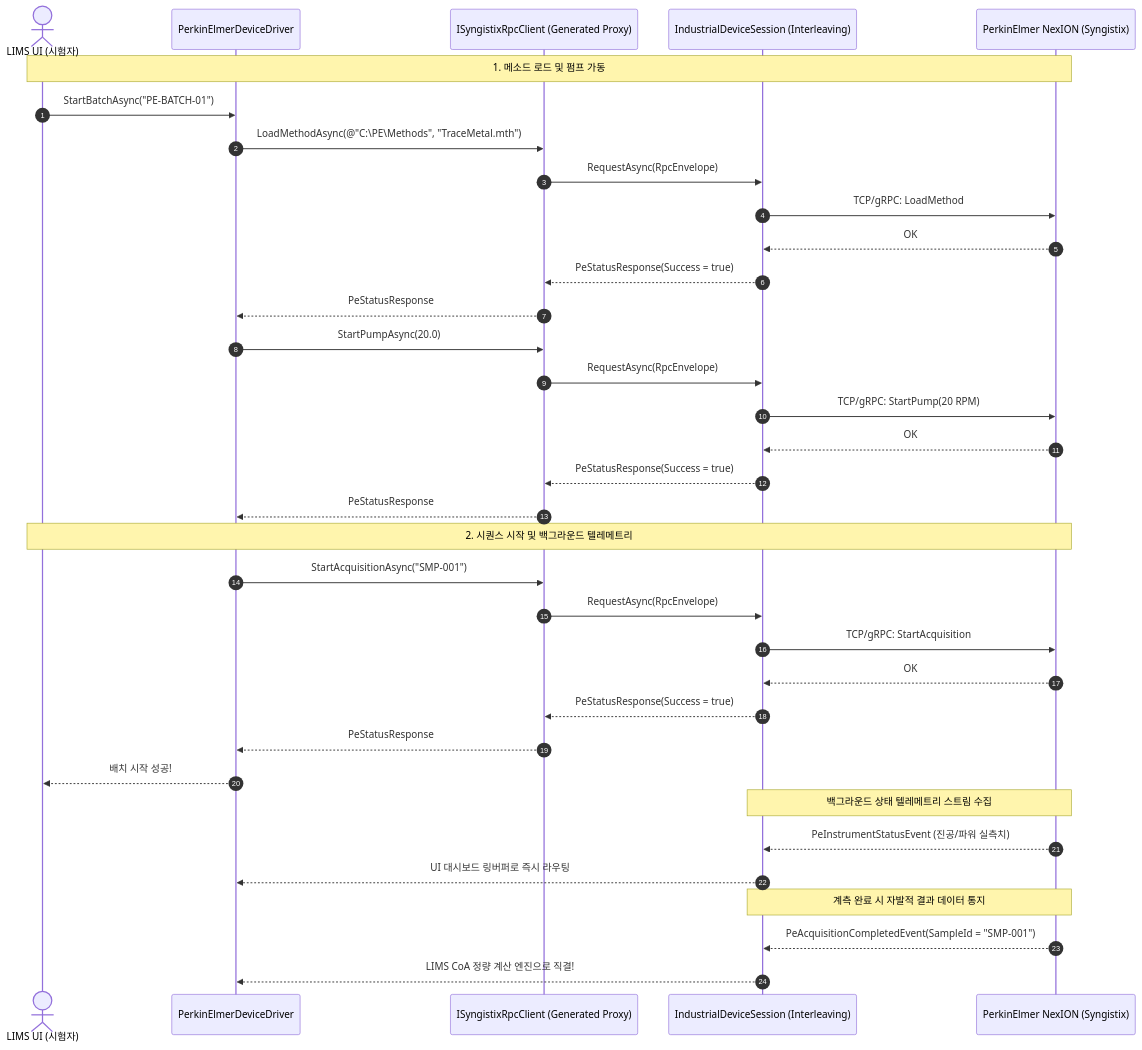
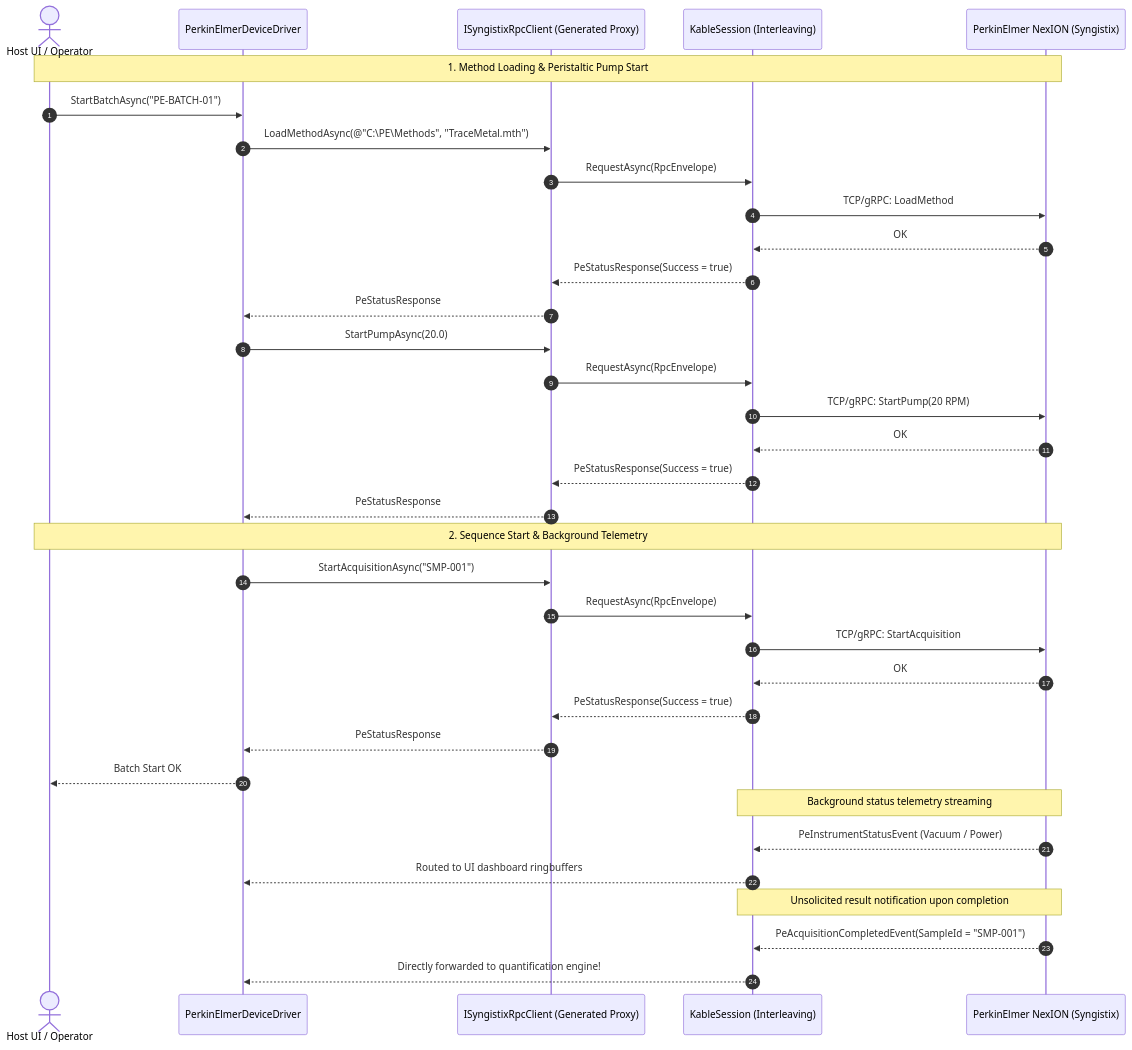
The second of 2 diagrams in docs/05_ICP_MS_CASE_STUDY/05_PERKINELMER_SYNGISTIX.md (jaon13/Kable), drawn with Mermaid before and after one commit. The commit also changed other lines of this file and 21 other files, not shown here.

Commit message:
docs: standardize all project specifications, architecture documents, and QA master plans to professional English

````diff
--- a/docs/05_ICP_MS_CASE_STUDY/05_PERKINELMER_SYNGISTIX.md
+++ b/docs/05_ICP_MS_CASE_STUDY/05_PERKINELMER_SYNGISTIX.md
@@ -100,42 +100,42 @@
 ```mermaid
 sequenceDiagram
     autonumber
-    actor User as LIMS UI (시험자)
+    actor User as Host UI / Operator
     participant Driver as PerkinElmerDeviceDriver
     participant Proxy as ISyngistixRpcClient (Generated Proxy)
-    participant Session as IndustrialDeviceSession (Interleaving)
+    participant Session as KableSession (Interleaving)
     participant HW as PerkinElmer NexION (Syngistix)
 
-    Note over User, HW: 1. 메소드 로드 및 펌프 가동
+    Note over User, HW: 1. Method Loading & Peristaltic Pump Start
     User->>Driver: StartBatchAsync("PE-BATCH-01")
     Driver->>Proxy: LoadMethodAsync(@"C:\PE\Methods", "TraceMetal.mth")
     Proxy->>Session: RequestAsync(RpcEnvelope)
     Session->>HW: TCP/gRPC: LoadMethod
     HW-->>Session: OK
     Session-->>Proxy: PeStatusResponse(Success = true)
     Proxy-->>Driver: PeStatusResponse
 
     Driver->>Proxy: StartPumpAsync(20.0)
     Proxy->>Session: RequestAsync(RpcEnvelope)
     Session->>HW: TCP/gRPC: StartPump(20 RPM)
     HW-->>Session: OK
     Session-->>Proxy: PeStatusResponse(Success = true)
     Proxy-->>Driver: PeStatusResponse
 
-    Note over User, HW: 2. 시퀀스 시작 및 백그라운드 텔레메트리
+    Note over User, HW: 2. Sequence Start & Background Telemetry
     Driver->>Proxy: StartAcquisitionAsync("SMP-001")
     Proxy->>Session: RequestAsync(RpcEnvelope)
     Session->>HW: TCP/gRPC: StartAcquisition
     HW-->>Session: OK
     Session-->>Proxy: PeStatusResponse(Success = true)
     Proxy-->>Driver: PeStatusResponse
-    Driver-->>User: 배치 시작 성공!
+    Driver-->>User: Batch Start OK
 
-    Note over Session, HW: 백그라운드 상태 텔레메트리 스트림 수집
-    HW-->>Session: PeInstrumentStatusEvent (진공/파워 실측치)
-    Session-->>Driver: UI 대시보드 링버퍼로 즉시 라우팅
+    Note over Session, HW: Background status telemetry streaming
+    HW-->>Session: PeInstrumentStatusEvent (Vacuum / Power)
+    Session-->>Driver: Routed to UI dashboard ringbuffers
 
-    Note over Session, HW: 계측 완료 시 자발적 결과 데이터 통지
+    Note over Session, HW: Unsolicited result notification upon completion
     HW-->>Session: PeAcquisitionCompletedEvent(SampleId = "SMP-001")
-    Session-->>Driver: LIMS CoA 정량 계산 엔진으로 직결!
+    Session-->>Driver: Directly forwarded to quantification engine!
 ```
````
